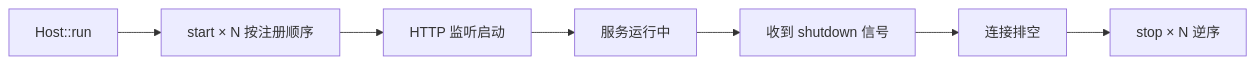
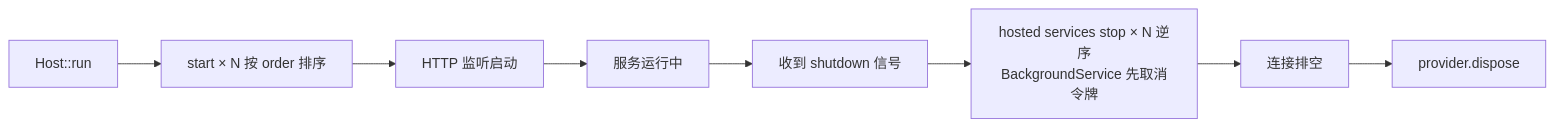
One commit to Rust-Framework/rust-webx changed the diagram in docs/rust-webx/06-di-lifecycle/hosted-services.md. Above: the diagram before and after it, drawn with Mermaid. The commit also changed other lines of this file and 10 other files, not shown here.

````diff
--- a/docs/rust-webx/06-di-lifecycle/hosted-services.md
+++ b/docs/rust-webx/06-di-lifecycle/hosted-services.md
@@ -15,9 +16,10 @@
 ```mermaid
 graph LR
-    A[Host::run] --> B[start × N 按注册顺序]
+    A[Host::run] --> B[start × N 按 order 排序]
     B --> C[HTTP 监听启动]
     C --> D[服务运行中]
     D --> E[收到 shutdown 信号]
-    E --> F[连接排空]
-    F --> G[stop × N 逆序]
+    E --> F[hosted services stop × N 逆序<br/>BackgroundService 先取消令牌]
+    F --> G[连接排空]
+    G --> H[provider.dispose]
 ```
````
